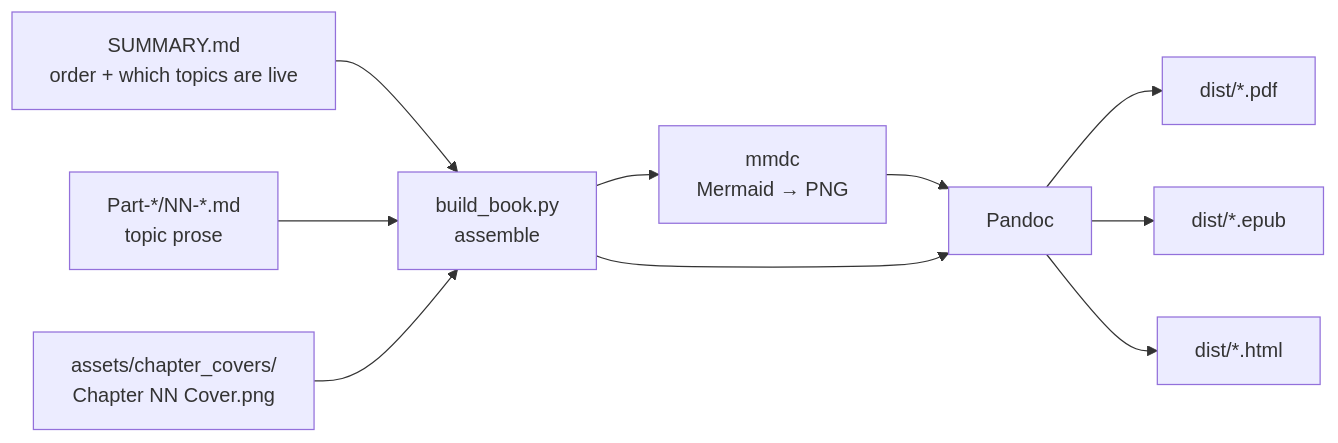
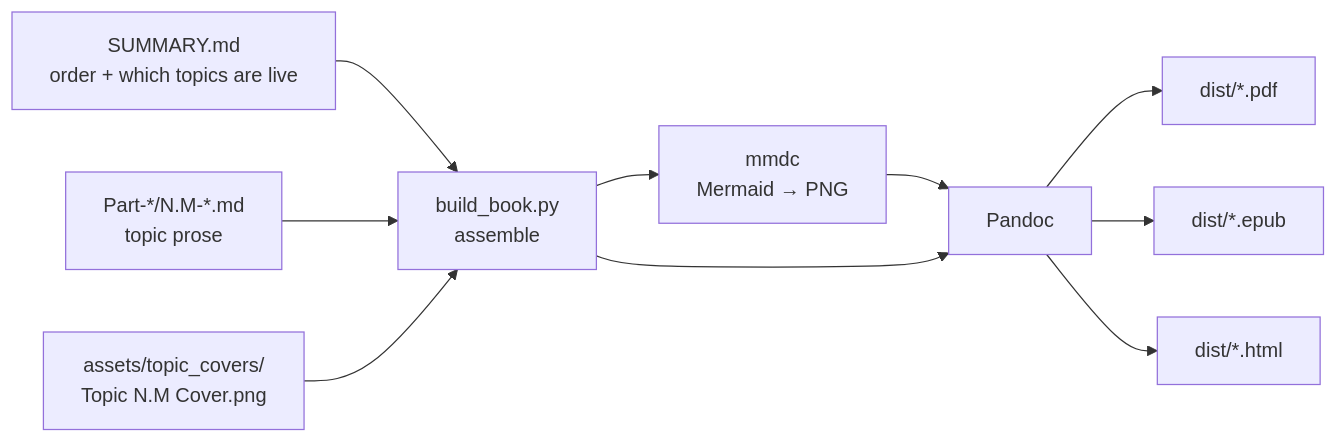
The diagram in BUILD.md (nayyabahmed/voltforge_gear), drawn with Mermaid before and after one commit. The commit also changed other lines of this file and 24 other files, not shown here.

First line of the commit message:
Rename topic files and covers to part-relative topic numbers

````diff
--- a/BUILD.md
+++ b/BUILD.md
@@ -21,11 +21,11 @@
 ```mermaid
 flowchart LR
   S[SUMMARY.md<br/>order + which topics are live] --> A
-  C[Part-*/NN-*.md<br/>topic prose] --> A
-  V[assets/chapter_covers/<br/>Chapter NN Cover.png] --> A
+  C[Part-*/N.M-*.md<br/>topic prose] --> A
+  V[assets/topic_covers/<br/>Topic N.M Cover.png] --> A
   A[build_book.py<br/>assemble] --> M[mmdc<br/>Mermaid → PNG] --> P
   A --> P[Pandoc]
   P --> PDF[dist/*.pdf]
   P --> EPUB[dist/*.epub]
   P --> HTML[dist/*.html]
 ```
````
